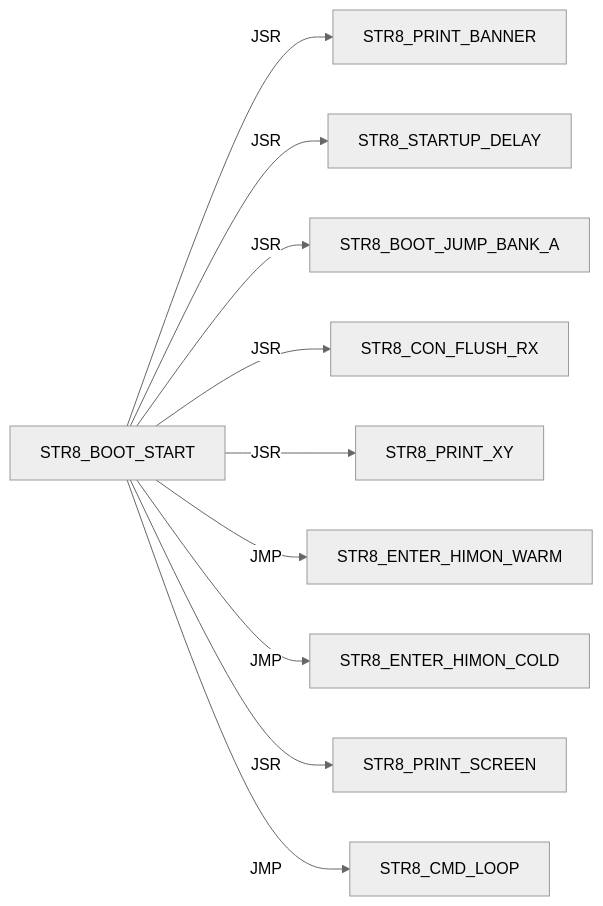
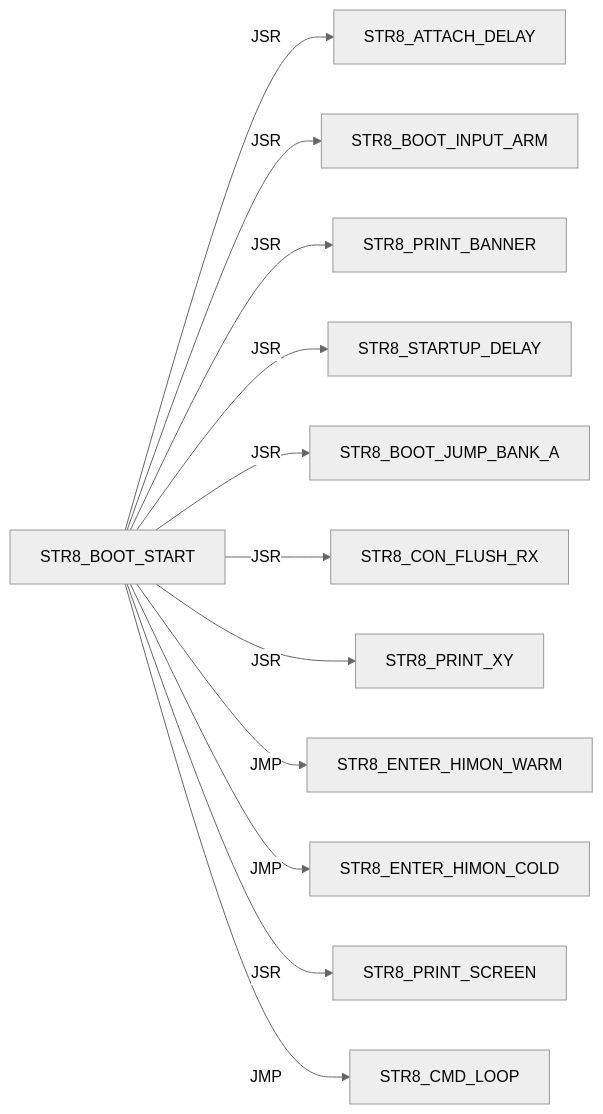
Before and after one commit to 95westus/R-YORS: the eighth of 45 diagrams in DOC/GUIDES/STR8/STR8_EDGE_DUMP.md, drawn with Mermaid (neutral theme). The commit also changed other lines of this file and 42 other files, not shown here.

First line of the commit message:
STR8: publish validated bank jump record

````diff
--- a/DOC/GUIDES/STR8/STR8_EDGE_DUMP.md
+++ b/DOC/GUIDES/STR8/STR8_EDGE_DUMP.md
@@ -123,12 +123,14 @@
 ```mermaid
 flowchart LR
-    N0["STR8_BOOT_START"] -->|JSR| N1["STR8_PRINT_BANNER"]
-    N0["STR8_BOOT_START"] -->|JSR| N2["STR8_STARTUP_DELAY"]
-    N0["STR8_BOOT_START"] -->|JSR| N3["STR8_BOOT_JUMP_BANK_A"]
-    N0["STR8_BOOT_START"] -->|JSR| N4["STR8_CON_FLUSH_RX"]
-    N0["STR8_BOOT_START"] -->|JSR| N5["STR8_PRINT_XY"]
-    N0["STR8_BOOT_START"] -->|JMP| N6["STR8_ENTER_HIMON_WARM"]
-    N0["STR8_BOOT_START"] -->|JMP| N7["STR8_ENTER_HIMON_COLD"]
-    N0["STR8_BOOT_START"] -->|JSR| N8["STR8_PRINT_SCREEN"]
-    N0["STR8_BOOT_START"] -->|JMP| N9["STR8_CMD_LOOP"]
+    N0["STR8_BOOT_START"] -->|JSR| N1["STR8_ATTACH_DELAY"]
+    N0["STR8_BOOT_START"] -->|JSR| N2["STR8_BOOT_INPUT_ARM"]
+    N0["STR8_BOOT_START"] -->|JSR| N3["STR8_PRINT_BANNER"]
+    N0["STR8_BOOT_START"] -->|JSR| N4["STR8_STARTUP_DELAY"]
+    N0["STR8_BOOT_START"] -->|JSR| N5["STR8_BOOT_JUMP_BANK_A"]
+    N0["STR8_BOOT_START"] -->|JSR| N6["STR8_CON_FLUSH_RX"]
+    N0["STR8_BOOT_START"] -->|JSR| N7["STR8_PRINT_XY"]
+    N0["STR8_BOOT_START"] -->|JMP| N8["STR8_ENTER_HIMON_WARM"]
+    N0["STR8_BOOT_START"] -->|JMP| N9["STR8_ENTER_HIMON_COLD"]
+    N0["STR8_BOOT_START"] -->|JSR| N10["STR8_PRINT_SCREEN"]
+    N0["STR8_BOOT_START"] -->|JMP| N11["STR8_CMD_LOOP"]
 ```
````
